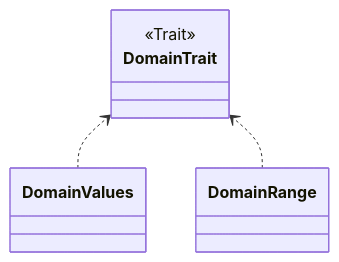
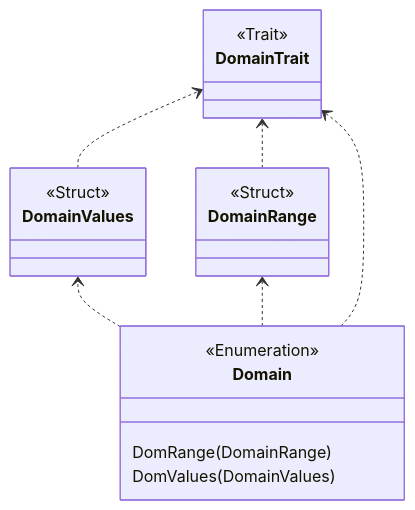
One commit to luhanzhen/RuCos changed the diagram in src/variable/domain/readme.md. Above: the diagram before and after it, drawn with Mermaid. The commit also changed other lines of this file and 15 other files, not shown here.

````diff
--- a/src/variable/domain/readme.md
+++ b/src/variable/domain/readme.md
@@ -3,23 +4,35 @@
 ```mermaid
-classDiagram
-direction BT
-
-    class DomainTrait {
-        <<Trait>>
-       
-    }
+    classDiagram
+    direction BT
+    
+        class DomainTrait {
+            <<Trait>>
+           
+        }
+        
+        
+        class DomainRange {
+            <<Struct>>
+            }
+        
+        class DomainValues {
+            <<Struct>>
+        }
     
     
-    class DomainRange {
+        DomainValues  ..>  DomainTrait
+        DomainRange  ..>  DomainTrait
+      
     
+        class Domain{ 
+            <<Enumeration>>
+    
+            DomRange(DomainRange)
+            DomValues(DomainValues)
         }
-    
-    class DomainValues {
-    
-    }
-
-
-    DomainValues  ..>  DomainTrait
-    DomainRange  ..>  DomainTrait
+        
+        Domain  ..>  DomainTrait
+        Domain ..> DomainValues
+        Domain ..> DomainRange
 
 ```
````
